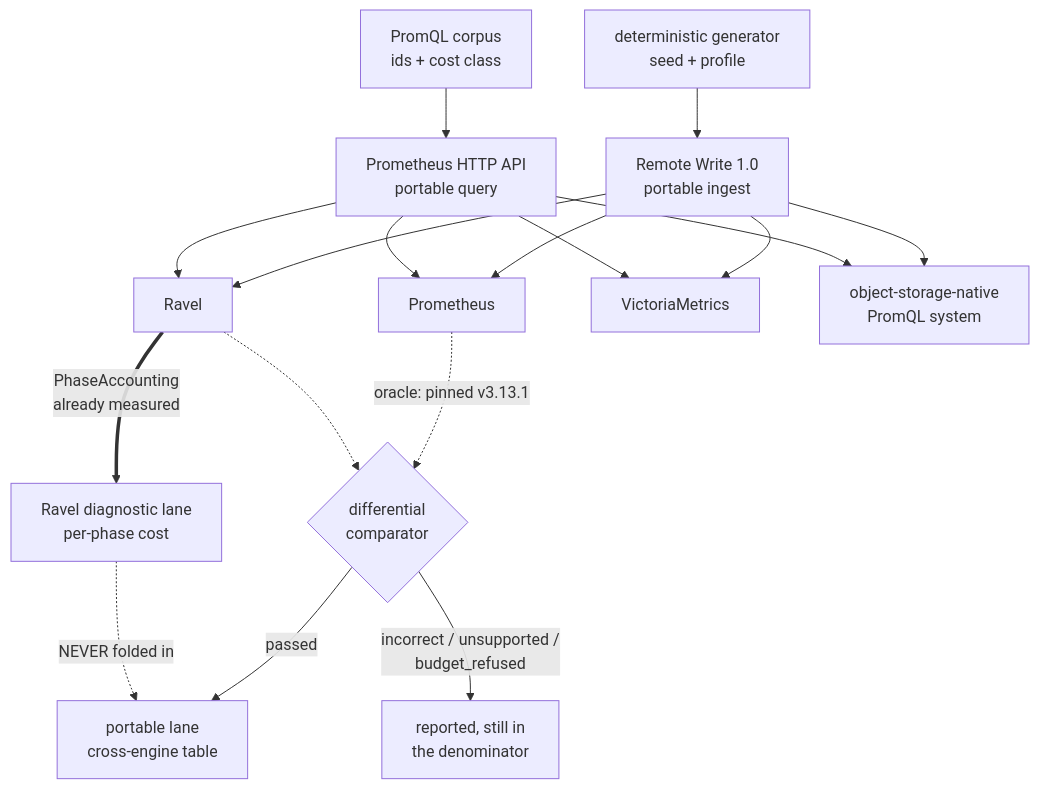
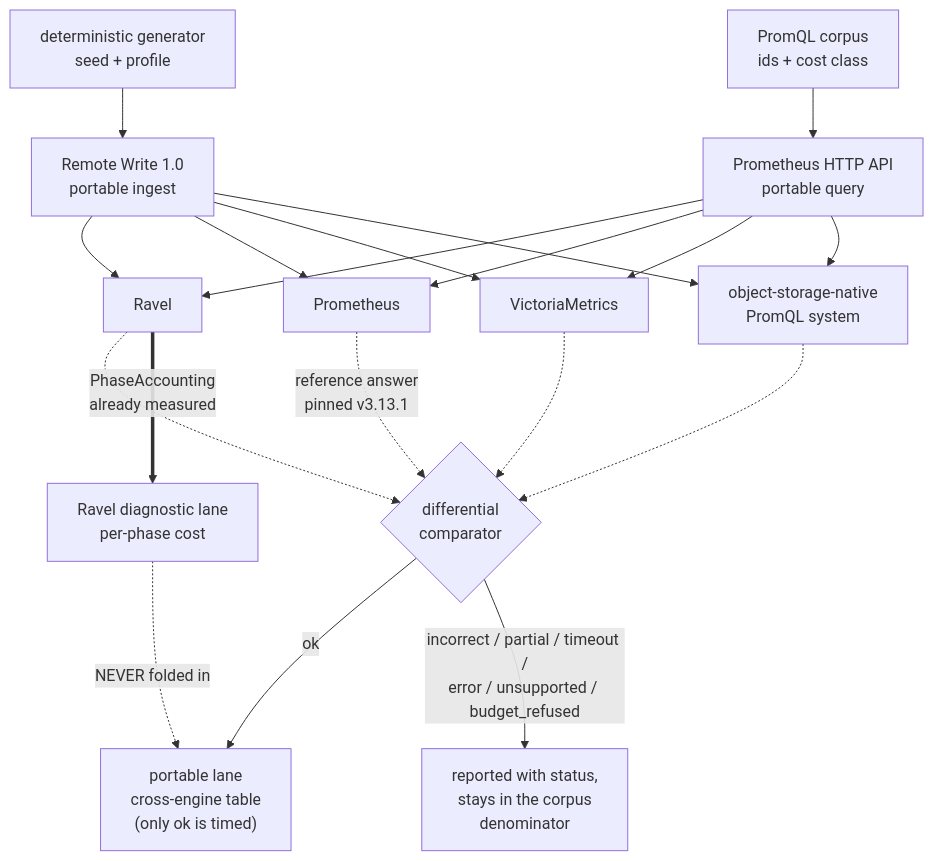
Before and after one commit to NOFireAI/ravel: the diagram in docs/adrs/0927-metricsbench-benchmark-contract.md, drawn with Mermaid. The commit also changed other lines of this file, not shown here.

````diff
--- a/docs/adrs/0927-metricsbench-benchmark-contract.md
+++ b/docs/adrs/0927-metricsbench-benchmark-contract.md
@@ -224,22 +307,24 @@
 ```mermaid
 flowchart TB
   GEN["deterministic generator<br/>seed + profile"] --> RW["Remote Write 1.0<br/>portable ingest"]
   RW --> RAVEL["Ravel"]
   RW --> PROM["Prometheus"]
   RW --> VM["VictoriaMetrics"]
   RW --> OSN["object-storage-native<br/>PromQL system"]
 
   CORPUS["PromQL corpus<br/>ids + cost class"] --> HTTP["Prometheus HTTP API<br/>portable query"]
   HTTP --> RAVEL
   HTTP --> PROM
   HTTP --> VM
   HTTP --> OSN
 
-  PROM -.->|"oracle: pinned v3.13.1"| ORACLE{"differential<br/>comparator"}
+  PROM -.->|"reference answer<br/>pinned v3.13.1"| ORACLE{"differential<br/>comparator"}
   RAVEL -.-> ORACLE
-  ORACLE -->|"passed"| SCORE["portable lane<br/>cross-engine table"]
-  ORACLE -->|"incorrect / unsupported /<br/>budget_refused"| VISIBLE["reported, still in<br/>the denominator"]
+  VM -.-> ORACLE
+  OSN -.-> ORACLE
+  ORACLE -->|"ok"| SCORE["portable lane<br/>cross-engine table<br/>(only ok is timed)"]
+  ORACLE -->|"incorrect / partial / timeout /<br/>error / unsupported / budget_refused"| VISIBLE["reported with status,<br/>stays in the corpus<br/>denominator"]
 
   RAVEL ==>|"PhaseAccounting<br/>already measured"| DIAG["Ravel diagnostic lane<br/>per-phase cost"]
   DIAG -.->|"NEVER folded in"| SCORE
 ```
````
